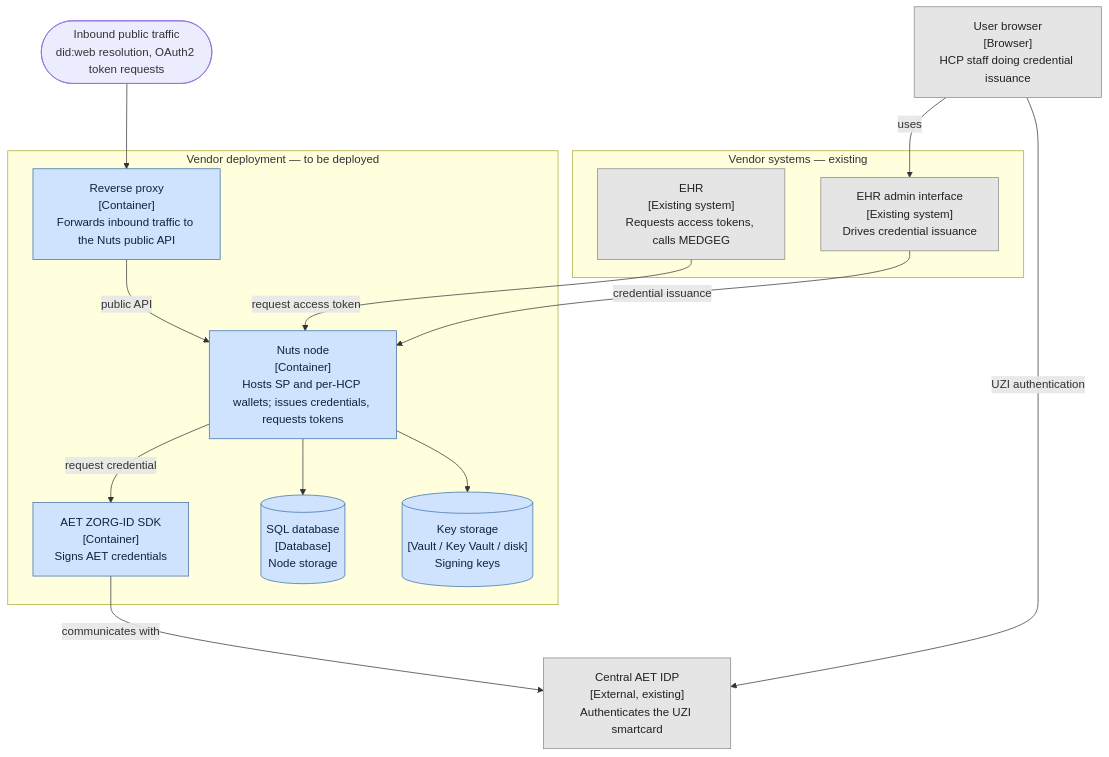
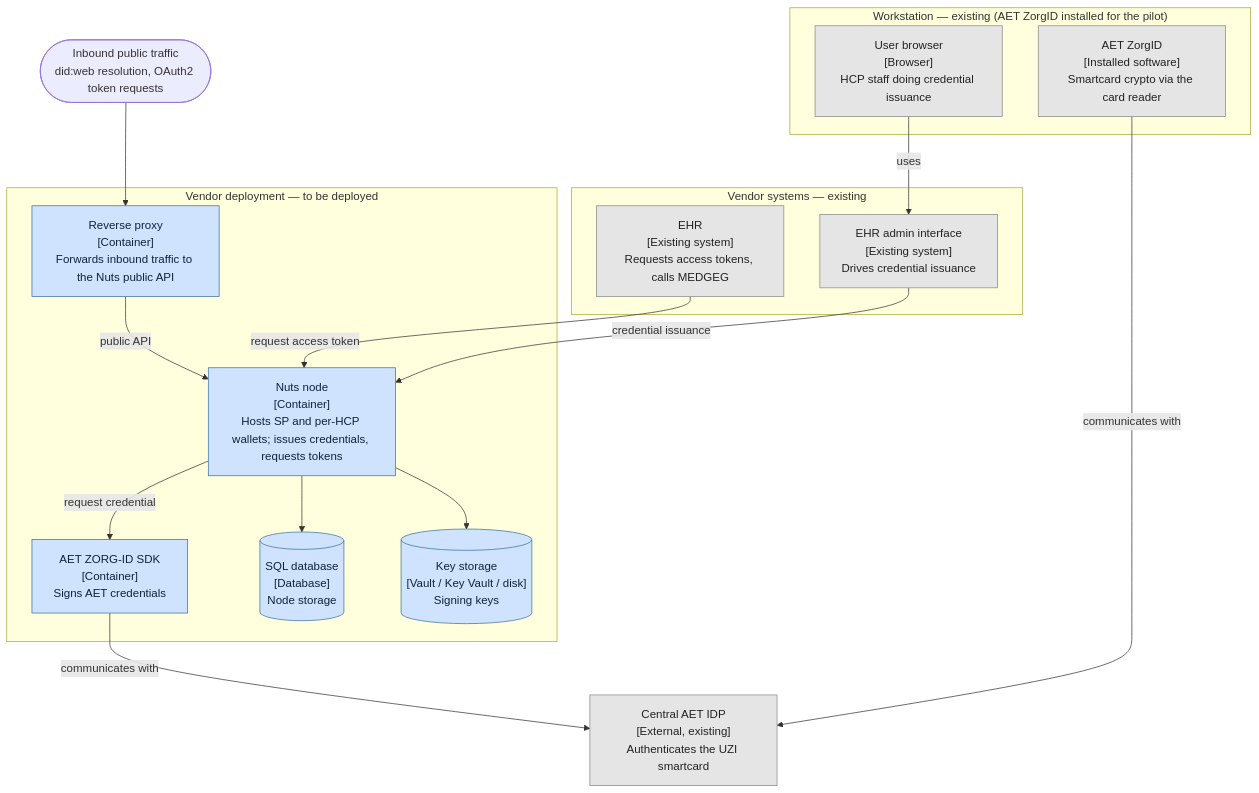
One commit to nuts-foundation/lspxnuts-pilots changed the diagram in docs/deployment-guide.md. Above: the diagram before and after it, drawn with Mermaid. The commit also changed other lines of this file, not shown here.

Commit message:
docs: model workstation AET ZorgID in deployment diagram
Assisted by AI

````diff
--- a/docs/deployment-guide.md
+++ b/docs/deployment-guide.md
@@ -32,37 +32,40 @@
 ```mermaid
 flowchart TB
-  Browser["User browser<br/>[Browser]<br/>HCP staff doing credential issuance"]
+  subgraph WS["Workstation — existing (AET ZorgID installed for the pilot)"]
+    Browser["User browser<br/>[Browser]<br/>HCP staff doing credential issuance"]
+    ZorgID["AET ZorgID<br/>[Installed software]<br/>Smartcard crypto via the card reader"]
+  end
 
   Inbound(["Inbound public traffic<br/>did:web resolution, OAuth2 token requests"])
 
   subgraph Vendor["Vendor deployment — to be deployed"]
     RP["Reverse proxy<br/>[Container]<br/>Forwards inbound traffic to the Nuts public API"]
     Node["Nuts node<br/>[Container]<br/>Hosts SP and per-HCP wallets; issues credentials, requests tokens"]
     AETSDK["AET ZORG-ID SDK<br/>[Container]<br/>Signs AET credentials"]
     DB[("SQL database<br/>[Database]<br/>Node storage")]
     Keys[("Key storage<br/>[Vault / Key Vault / disk]<br/>Signing keys")]
   end
 
   subgraph Systems["Vendor systems — existing"]
     EHR["EHR<br/>[Existing system]<br/>Requests access tokens, calls MEDGEG"]
     Admin["EHR admin interface<br/>[Existing system]<br/>Drives credential issuance"]
   end
 
   AETIDP["Central AET IDP<br/>[External, existing]<br/>Authenticates the UZI smartcard"]
 
   Inbound --> RP
   RP -->|public API| Node
   Node -->|request credential| AETSDK
   AETSDK -->|communicates with| AETIDP
   Node --> DB
   Node --> Keys
   EHR -->|request access token| Node
   Admin -->|credential issuance| Node
   Browser -->|uses| Admin
-  Browser -->|UZI authentication| AETIDP
+  ZorgID -->|communicates with| AETIDP
 
   classDef deploy fill:#cfe3ff,stroke:#3b6ea5,color:#11233a;
   classDef existing fill:#e5e5e5,stroke:#888,color:#222;
   class RP,Node,AETSDK,DB,Keys deploy;
-  class EHR,Admin,AETIDP,Browser existing;
+  class EHR,Admin,AETIDP,Browser,ZorgID existing;
 ```
````
